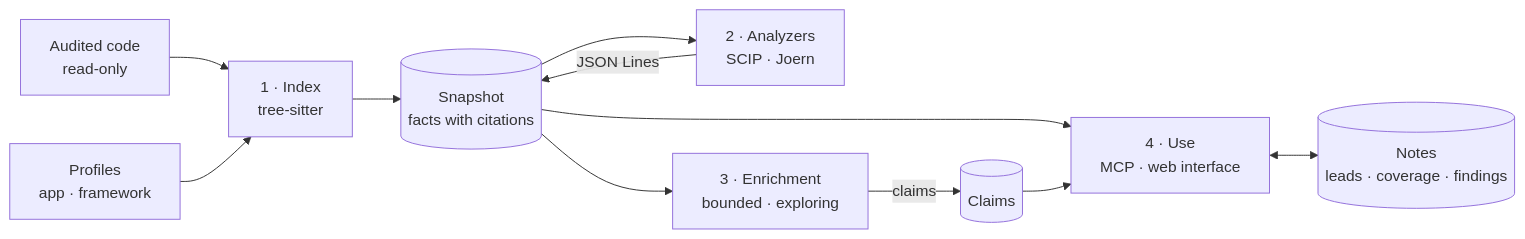
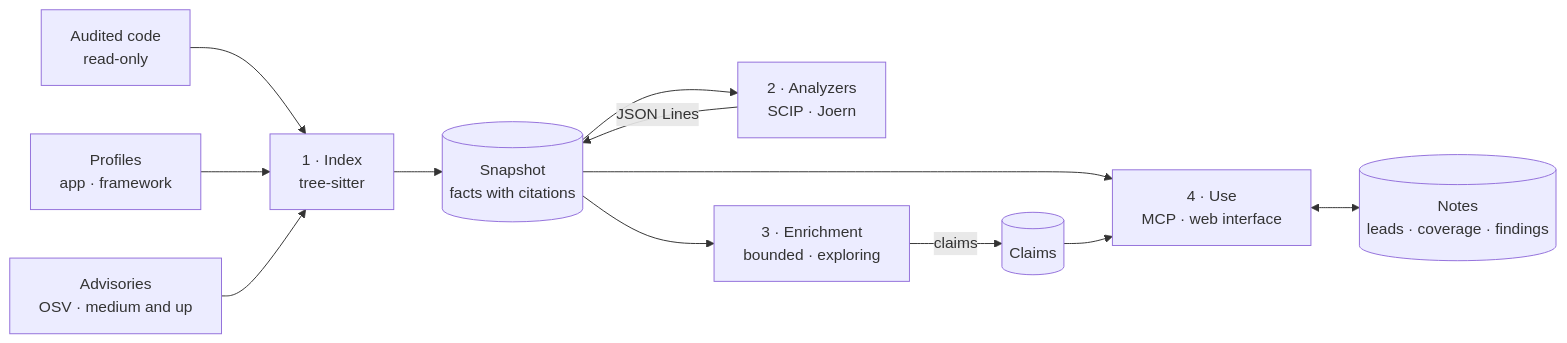
Before and after one commit to JoshuaMart/Esper: the first of 6 diagrams in docs/src/content/docs/how-it-works.md, drawn with Mermaid. The commit also changed other lines of this file and 2 other files, not shown here.

Commit message:
docs(decisions): Link past advisories of medium severity and up to the code their fix touched

````diff
--- a/docs/src/content/docs/how-it-works.md
+++ b/docs/src/content/docs/how-it-works.md
@@ -11,13 +11,14 @@
 ```mermaid
 flowchart LR
     SRC["Audited code<br/>read-only"] --> IDX
     PROF["Profiles<br/>app · framework"] --> IDX
+    OSV["Advisories<br/>OSV · medium and up"] --> IDX
     IDX["1 · Index<br/>tree-sitter"] --> SNAP[("Snapshot<br/>facts with citations")]
     SNAP --> AN["2 · Analyzers<br/>SCIP · Joern"]
     AN -- "JSON Lines" --> SNAP
     SNAP --> EN["3 · Enrichment<br/>bounded · exploring"]
     EN -- "claims" --> CL[("Claims")]
     SNAP --> USE["4 · Use<br/>MCP · web interface"]
     CL --> USE
     USE <--> NOTES[("Notes<br/>leads · coverage · findings")]
 ```
````
